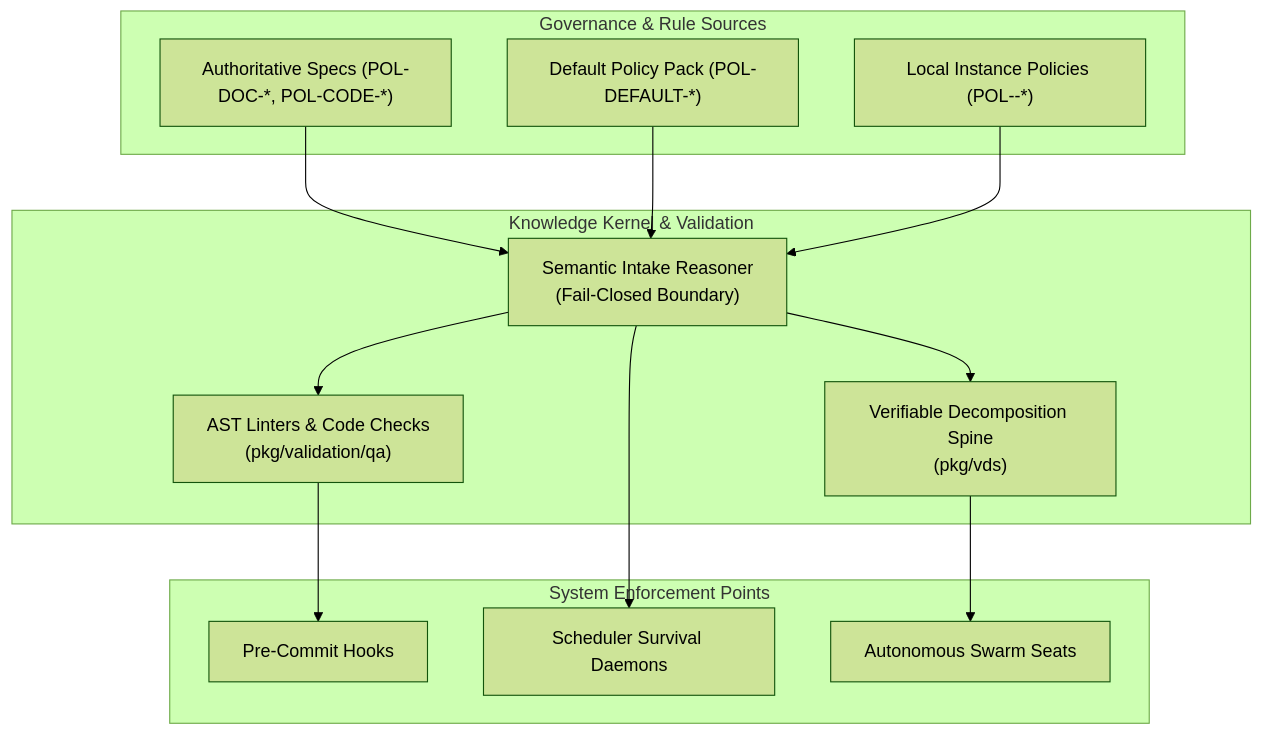
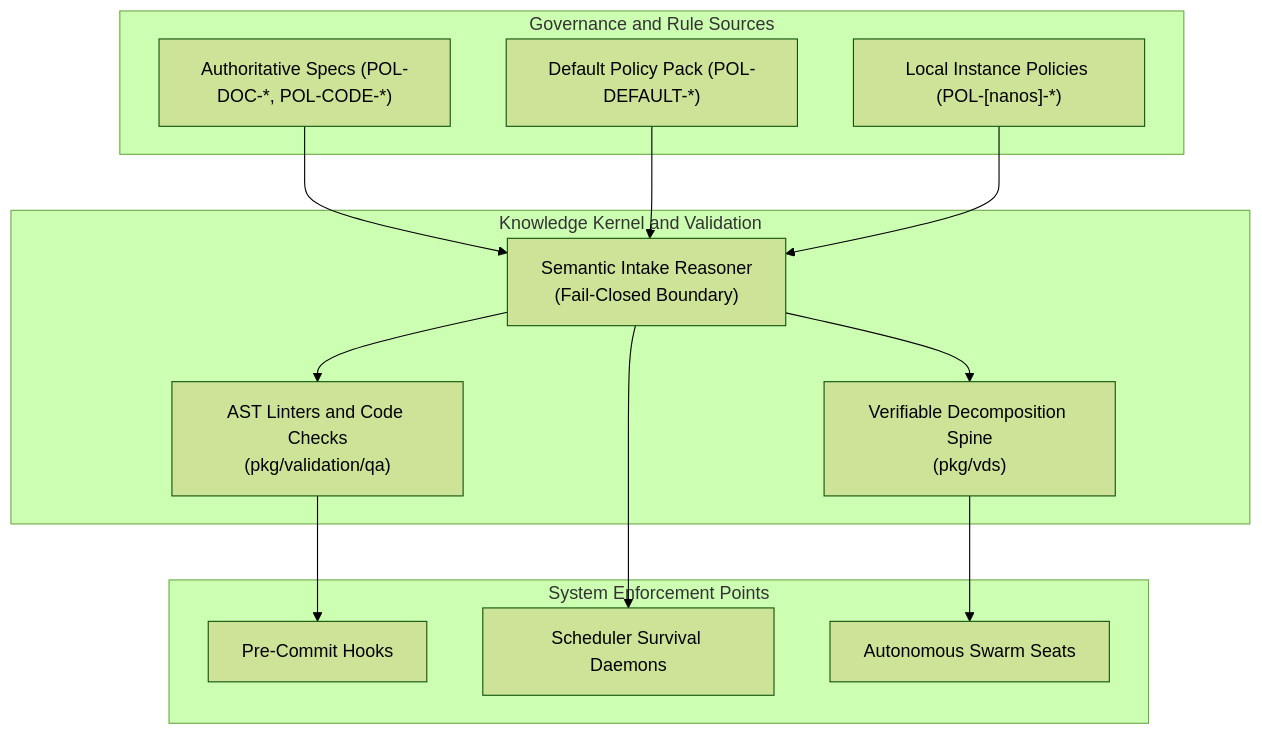
Before and after one commit to zqk-os/zqk: the first of 2 diagrams in docs/development/POLICY_GOVERNANCE_AND_DURABILITY.md, drawn with Mermaid (forest theme). The commit also changed 3 other files, not shown here.

Commit message:
fix(docs): fix Mermaid v10 parsing errors and unescape diagram blocks

````diff
--- a/docs/development/POLICY_GOVERNANCE_AND_DURABILITY.md
+++ b/docs/development/POLICY_GOVERNANCE_AND_DURABILITY.md
@@ -17,31 +17,31 @@
 ```mermaid
 flowchart TD
-    subgraph Governance["Governance &amp; Rule Sources"]
+    subgraph Governance["Governance and Rule Sources"]
         P_Spec["Authoritative Specs (POL-DOC-*, POL-CODE-*)"]
         P_Seed["Default Policy Pack (POL-DEFAULT-*)"]
-        P_Adhoc["Local Instance Policies (POL-<nanos>-*)"]
+        P_Adhoc["Local Instance Policies (POL-[nanos]-*)"]
     end
 
-    subgraph Kernel["Knowledge Kernel &amp; Validation"]
+    subgraph Kernel["Knowledge Kernel and Validation"]
         SIR["Semantic Intake Reasoner<br/>(Fail-Closed Boundary)"]
-        AST["AST Linters &amp; Code Checks<br/>(pkg/validation/qa)"]
+        AST["AST Linters and Code Checks<br/>(pkg/validation/qa)"]
         VDS["Verifiable Decomposition Spine<br/>(pkg/vds)"]
     end
 
     subgraph Enforcement["System Enforcement Points"]
         PC["Pre-Commit Hooks"]
         SCH["Scheduler Survival Daemons"]
         AGT["Autonomous Swarm Seats"]
     end
 
     P_Spec --> SIR
     P_Seed --> SIR
     P_Adhoc --> SIR
 
     SIR --> AST
     SIR --> VDS
 
     AST --> PC
     VDS --> AGT
     SIR --> SCH
 ```
````
